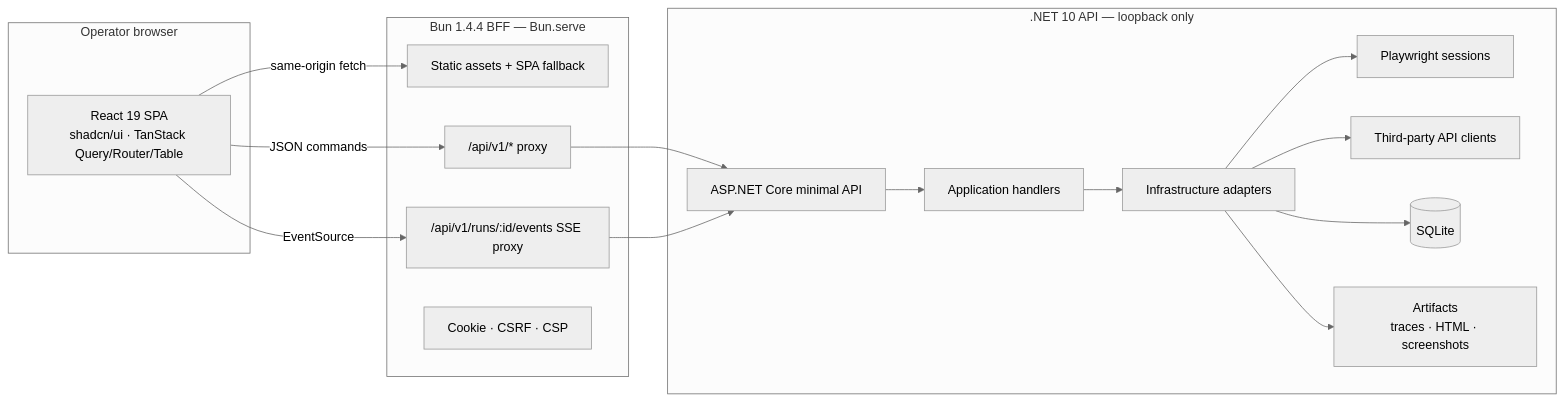
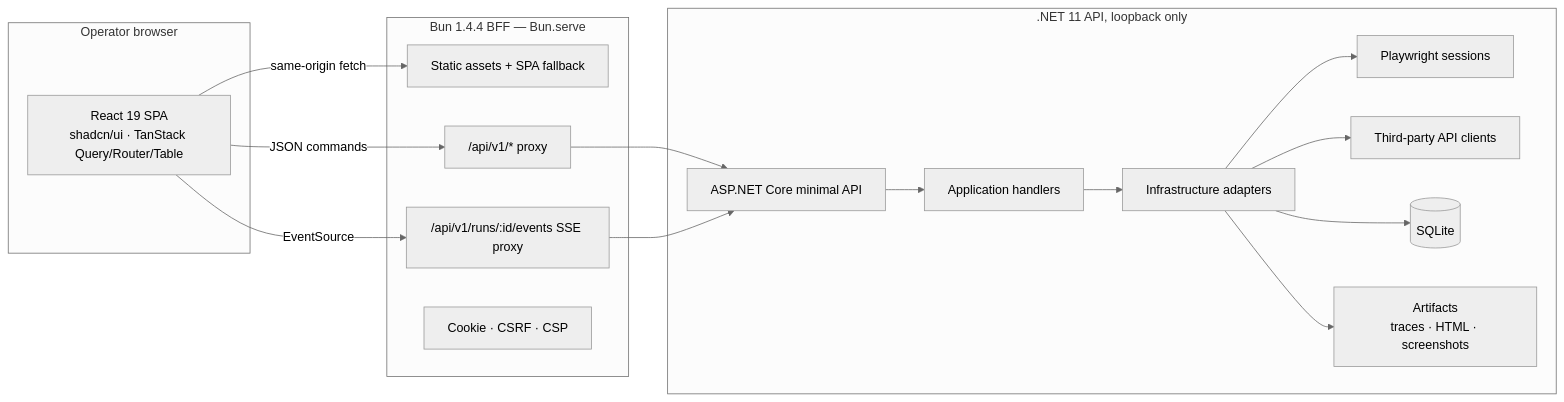
One commit to AslamNazeerShaikh/PlaywrightDotNet changed the first of 3 diagrams in docs/12-web-cockpit.md. Above: the diagram before and after it, drawn with Mermaid (neutral theme). The commit also changed other lines of this file and 10 other files, not shown here.

````diff
--- a/docs/12-web-cockpit.md
+++ b/docs/12-web-cockpit.md
@@ -92,35 +92,35 @@
 ```mermaid
 flowchart LR
     subgraph Browser["Operator browser"]
         UI["React 19 SPA<br/>shadcn/ui · TanStack Query/Router/Table"]
     end
 
     subgraph Bun["Bun 1.4.4 BFF — Bun.serve"]
         STATIC["Static assets + SPA fallback"]
         PROXY["/api/v1/* proxy"]
         EVENTS["/api/v1/runs/:id/events SSE proxy"]
         AUTH["Cookie · CSRF · CSP"]
     end
 
-    subgraph DotNet[".NET 10 API — loopback only"]
+    subgraph DotNet[".NET 11 API, loopback only"]
         API["ASP.NET Core minimal API"]
         APP["Application handlers"]
         INF["Infrastructure adapters"]
         PW["Playwright sessions"]
         TP["Third-party API clients"]
         DB[("SQLite")]
         ART["Artifacts<br/>traces · HTML · screenshots"]
     end
 
     UI -->|"same-origin fetch"| STATIC
     UI -->|"JSON commands"| PROXY
     UI -->|"EventSource"| EVENTS
     PROXY --> API
     EVENTS --> API
     API --> APP
     APP --> INF
     INF --> PW
     INF --> TP
     INF --> DB
     INF --> ART
 ```
````
